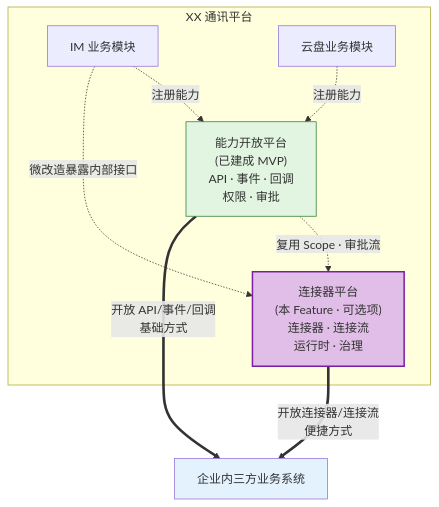
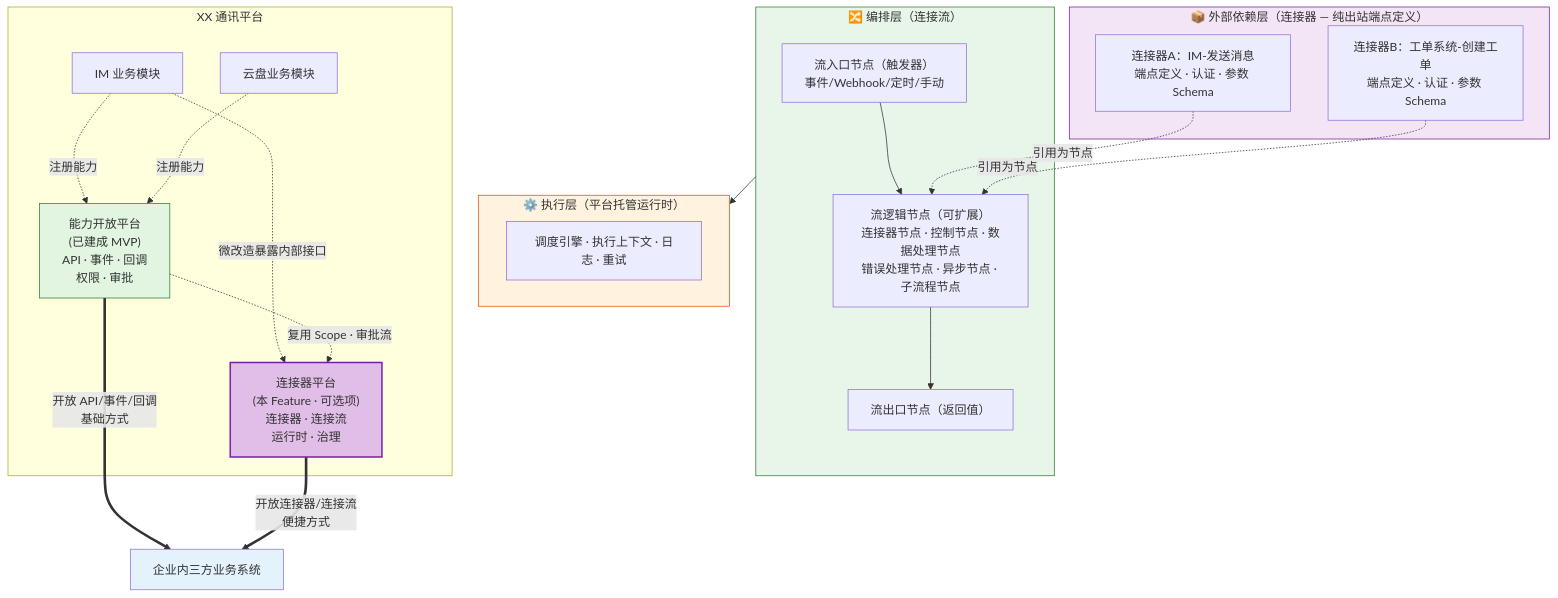
Before and after one commit to THZSummer/open-app: the first of 2 diagrams in .sddu/specs-tree-root/specs-tree-connector-platform/spec.md, drawn with Mermaid. The commit also changed other lines of this file and 3 other files, not shown here.

````diff
--- a/.sddu/specs-tree-root/specs-tree-connector-platform/spec.md
+++ b/.sddu/specs-tree-root/specs-tree-connector-platform/spec.md
@@ -29,24 +31,47 @@
 ```mermaid
 graph TB
+    subgraph Dep["📦 外部依赖层（连接器 — 纯出站端点定义）"]
+        Conn1["连接器A：IM-发送消息\n端点定义 · 认证 · 参数 Schema"]
+        Conn2["连接器B：工单系统-创建工单\n端点定义 · 认证 · 参数 Schema"]
+    end
+
+    subgraph Flow["🔀 编排层（连接流）"]
+        EN["流入口节点（触发器）\n事件/Webhook/定时/手动"]
+        LN["流逻辑节点（可扩展）\n连接器节点 · 控制节点 · 数据处理节点\n错误处理节点 · 异步节点 · 子流程节点"]
+        EX["流出口节点（返回值）"]
+        EN --> LN --> EX
+    end
+
+    subgraph RT["⚙️ 执行层（平台托管运行时）"]
+        R["调度引擎 · 执行上下文 · 日志 · 重试"]
+    end
+
+    Flow --> RT
+    Conn1 -.->|引用为节点| LN
+    Conn2 -.->|引用为节点| LN
+
     subgraph XX["XX 通讯平台"]
         Biz_IM[IM 业务模块]
         Biz_Cloud[云盘业务模块]
         Cap["能力开放平台\n(已建成 MVP)\nAPI · 事件 · 回调\n权限 · 审批"]
         Conn["连接器平台\n(本 Feature · 可选项)\n连接器 · 连接流\n运行时 · 治理"]
     end
 
     Third["企业内三方业务系统"]
 
     Biz_IM -.->|注册能力| Cap
     Biz_Cloud -.->|注册能力| Cap
     Biz_IM -.->|微改造暴露内部接口| Conn
 
     Cap -.->|复用 Scope · 审批流| Conn
 
     Cap ==>|开放 API/事件/回调\n基础方式| Third
     Conn ==>|开放连接器/连接流\n便捷方式| Third
 
+    style Dep fill:#f3e5f5,stroke:#7b1fa2
+    style Flow fill:#e8f5e9,stroke:#2e7d32
+    style RT fill:#fff3e0,stroke:#e65100
     style Conn fill:#e1bee7,stroke:#7b1fa2,stroke-width:2px
     style Cap fill:#e1f5e1,stroke:#2e7d32
     style Third fill:#e3f2fd
 ```
````
